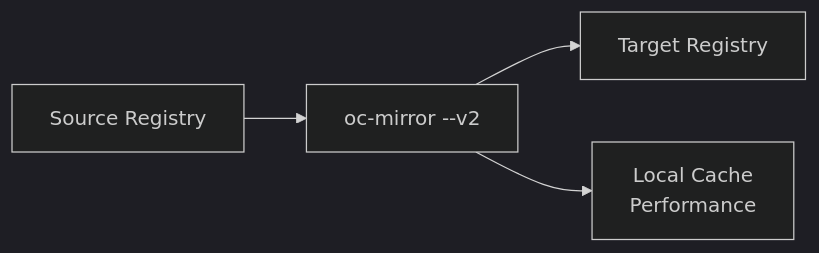
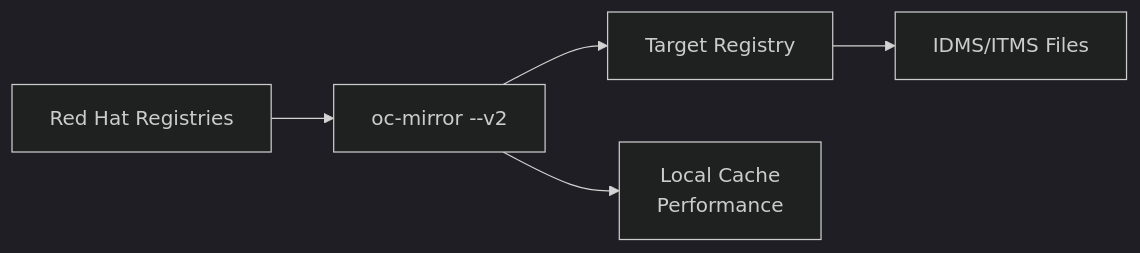
Before and after one commit to RedHatGov/oc-mirror-hackathon: the diagram in docs/flows/mirror-to-registry.md, drawn with Mermaid (dark theme). The commit also changed other lines of this file and 3 other files, not shown here.

First line of the commit message:
docs: Complete all oc-mirror --v2 flow patterns with tested procedures

````diff
--- a/docs/flows/mirror-to-registry.md
+++ b/docs/flows/mirror-to-registry.md
@@ -18,6 +20,7 @@
 ```mermaid
 flowchart LR
-    A[Source Registry] --> B[oc-mirror --v2]
+    A[Red Hat Registries] --> B[oc-mirror --v2]
     B --> C[Target Registry]
     B --> D[Local Cache<br/>Performance]
+    C --> E[IDMS/ITMS Files]
 ```
````
